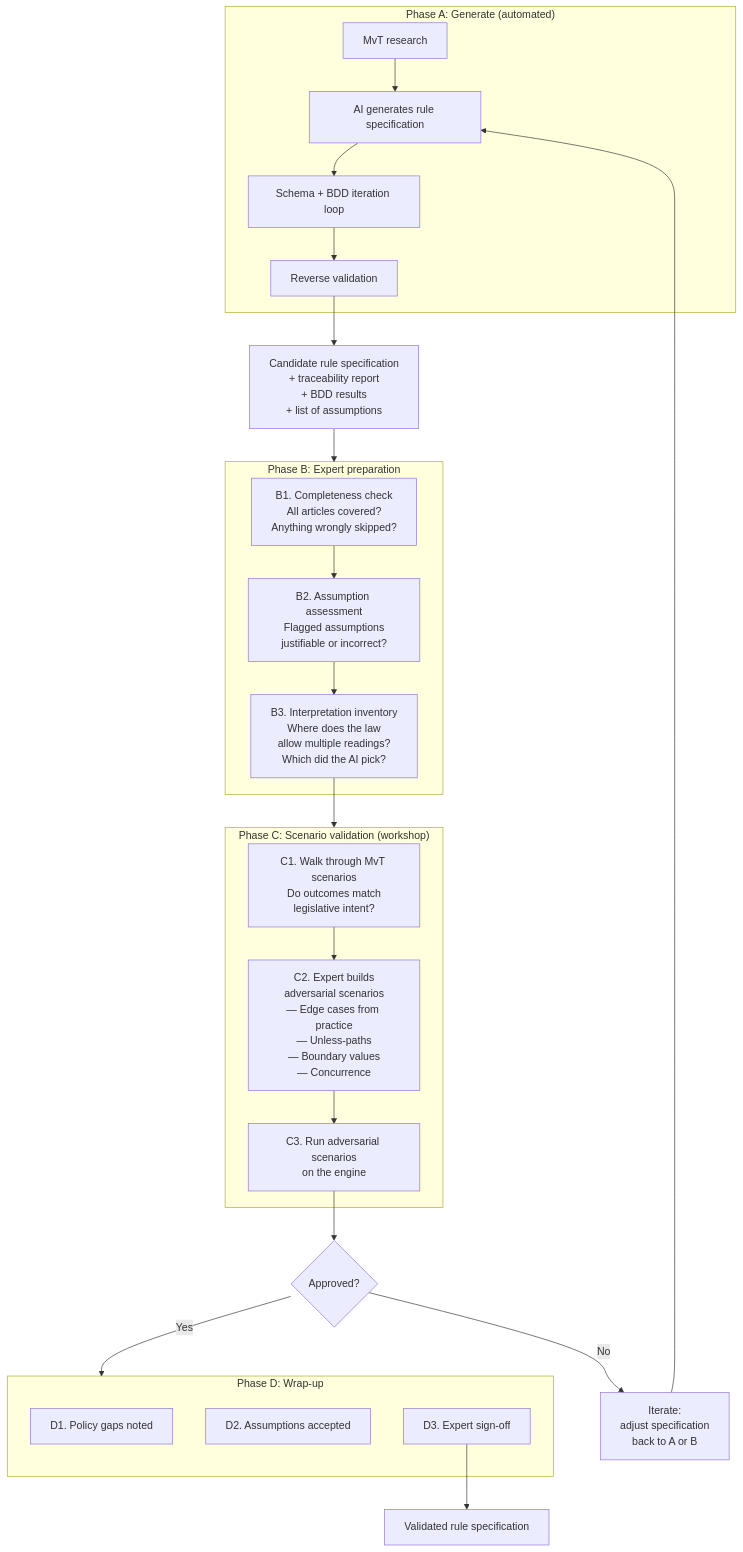
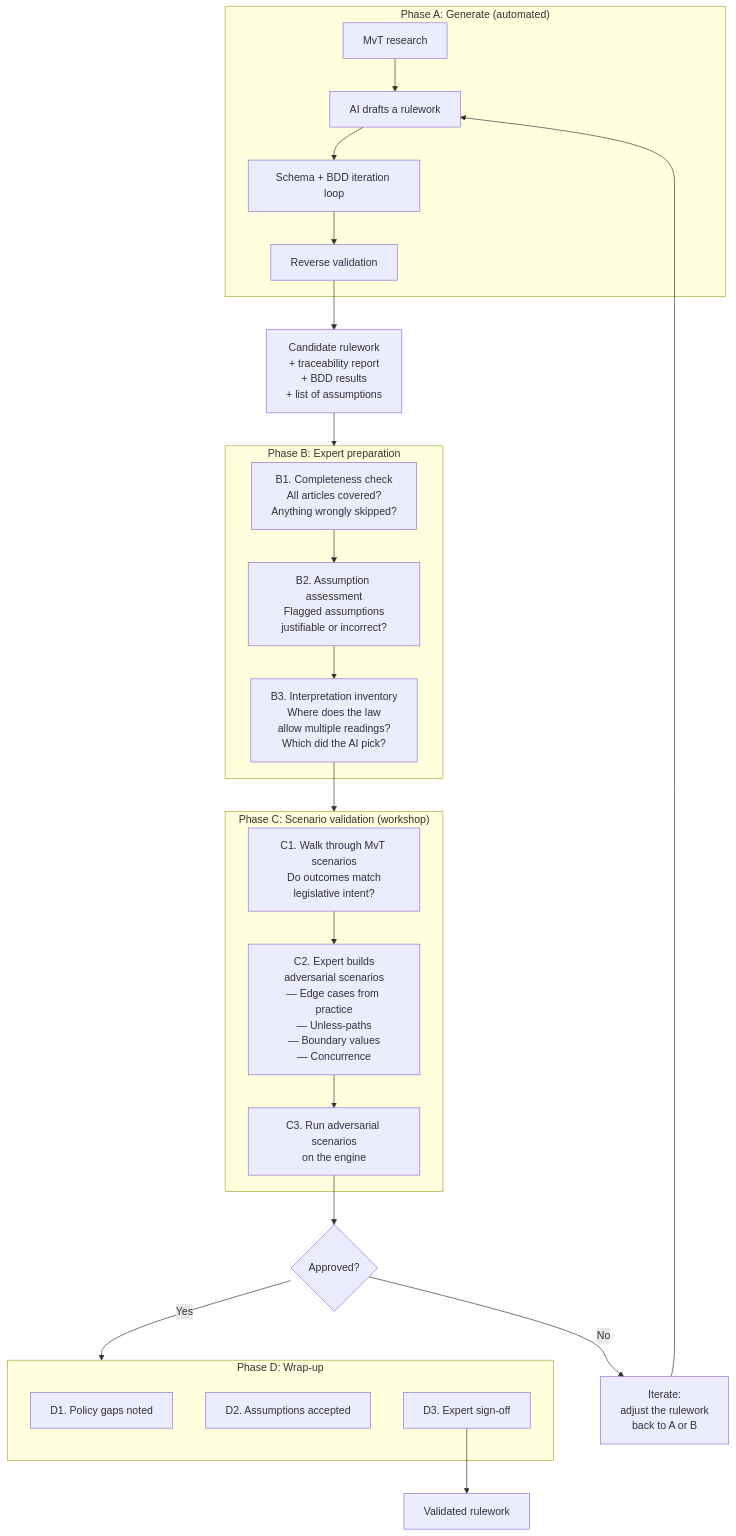
One commit to MinBZK/regelrecht changed the fourth of 5 diagrams in docs/src/content/docs/concepts/validation-methodology.md. Above: the diagram before and after it, drawn with Mermaid. The commit also changed other lines of this file and 114 other files, not shown here.

````diff
--- a/docs/src/content/docs/concepts/validation-methodology.md
+++ b/docs/src/content/docs/concepts/validation-methodology.md
@@ -148,41 +148,41 @@
 ```mermaid
 flowchart TD
     subgraph A ["Phase A: Generate (automated)"]
-        A1[MvT research] --> A2[AI generates rule specification]
+        A1[MvT research] --> A2[AI drafts a rulework]
         A2 --> A3[Schema + BDD iteration loop]
         A3 --> A4[Reverse validation]
     end
 
-    A4 --> CANDIDATE["Candidate rule specification\n+ traceability report\n+ BDD results\n+ list of assumptions"]
+    A4 --> CANDIDATE["Candidate rulework\n+ traceability report\n+ BDD results\n+ list of assumptions"]
 
     CANDIDATE --> B
 
     subgraph B ["Phase B: Expert preparation"]
         B1[B1. Completeness check\nAll articles covered?\nAnything wrongly skipped?]
         B2[B2. Assumption assessment\nFlagged assumptions\njustifiable or incorrect?]
         B3[B3. Interpretation inventory\nWhere does the law\nallow multiple readings?\nWhich did the AI pick?]
         B1 --> B2 --> B3
     end
 
     B3 --> C
 
     subgraph C ["Phase C: Scenario validation (workshop)"]
         C1[C1. Walk through MvT scenarios\nDo outcomes match\nlegislative intent?]
         C2["C2. Expert builds\nadversarial scenarios\n— Edge cases from practice\n— Unless-paths\n— Boundary values\n— Concurrence"]
         C3[C3. Run adversarial scenarios\non the engine]
         C1 --> C2 --> C3
     end
 
     C3 --> PASS{Approved?}
-    PASS -->|No| ITERATE[Iterate:\nadjust specification\nback to A or B]
+    PASS -->|No| ITERATE[Iterate:\nadjust the rulework\nback to A or B]
     ITERATE --> A2
     PASS -->|Yes| D
 
     subgraph D ["Phase D: Wrap-up"]
         D1[D1. Policy gaps noted]
         D2[D2. Assumptions accepted]
         D3[D3. Expert sign-off]
     end
 
-    D3 --> DONE[Validated rule specification]
+    D3 --> DONE[Validated rulework]
 ```
````
